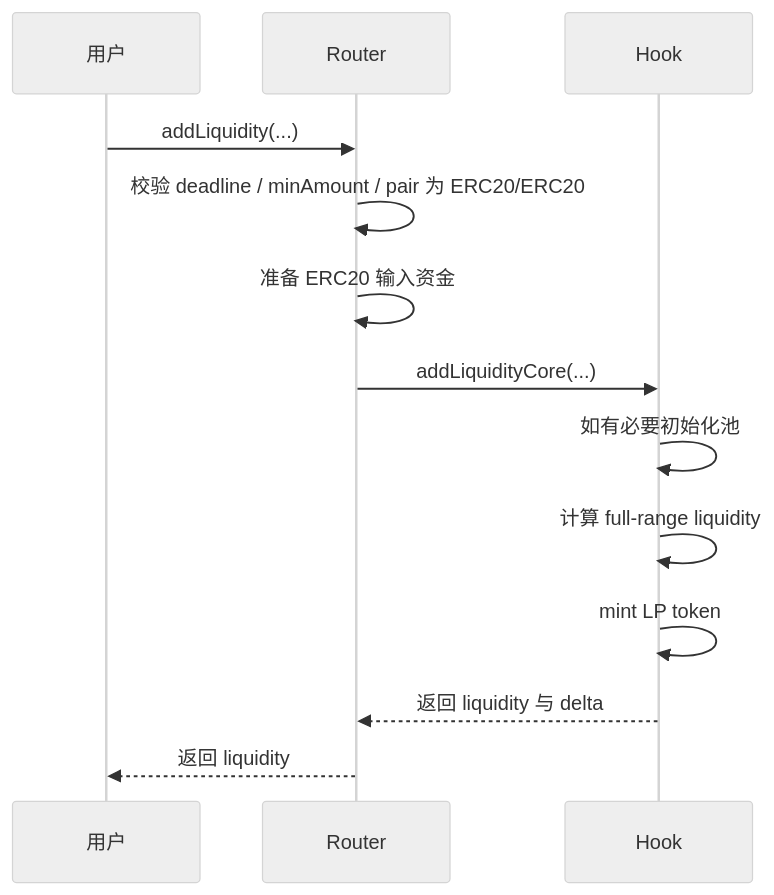
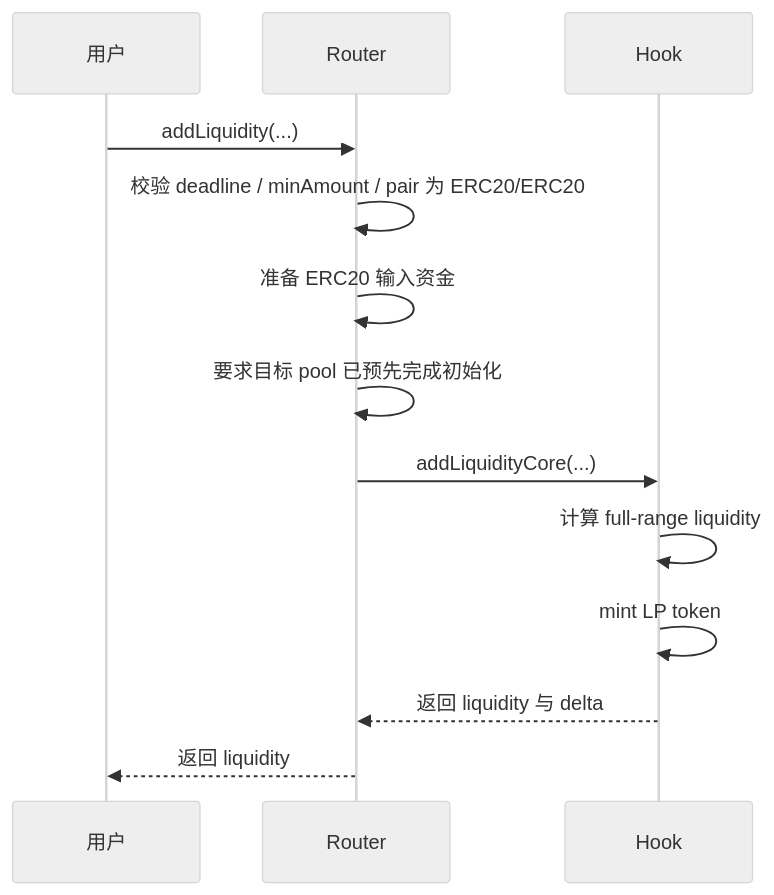
The fifth of 7 diagrams in docs/spec/swap/swap-flow.md (OutrunBuild/MemeverseV2), drawn with Mermaid (neutral theme) before and after one commit. The commit also changed other lines of this file and 24 other files, not shown here.

````diff
--- a/docs/spec/swap/swap-flow.md
+++ b/docs/spec/swap/swap-flow.md
@@ -103,16 +103,16 @@
 ```mermaid
 sequenceDiagram
     participant U as 用户
     participant R as Router
     participant H as Hook
 
     U->>R: addLiquidity(...)
     R->>R: 校验 deadline / minAmount / pair 为 ERC20/ERC20
     R->>R: 准备 ERC20 输入资金
+    R->>R: 要求目标 pool 已预先完成初始化
     R->>H: addLiquidityCore(...)
-    H->>H: 如有必要初始化池
     H->>H: 计算 full-range liquidity
     H->>H: mint LP token
     H-->>R: 返回 liquidity 与 delta
     R-->>U: 返回 liquidity
 ```
````
